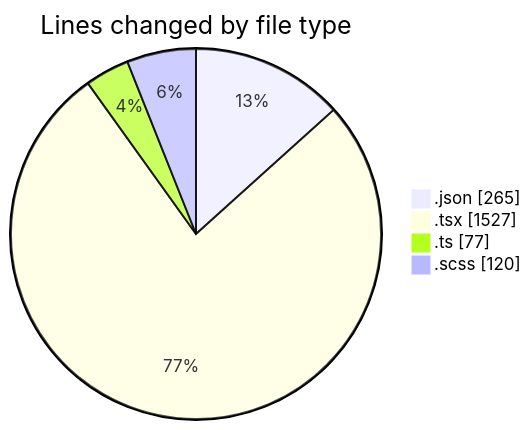
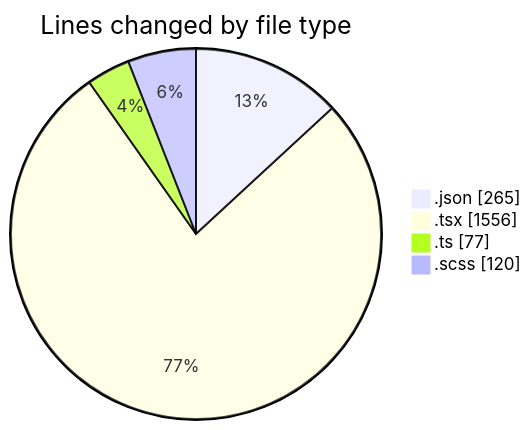
One commit to momahboobian/code-tracking changed the first of 2 diagrams in 2026-04-22/cda/README.md. Above: the diagram before and after it, drawn with Mermaid. The commit also changed other lines of this file and 1 other file, not shown here.

````diff
--- a/2026-04-22/cda/README.md
+++ b/2026-04-22/cda/README.md
@@ -30,8 +30,8 @@
 ```mermaid
 pie showData
 title Lines changed by file type
 ".json" : 265
-".tsx" : 1527
+".tsx" : 1556
 ".ts" : 77
 ".scss" : 120
 ```
````
